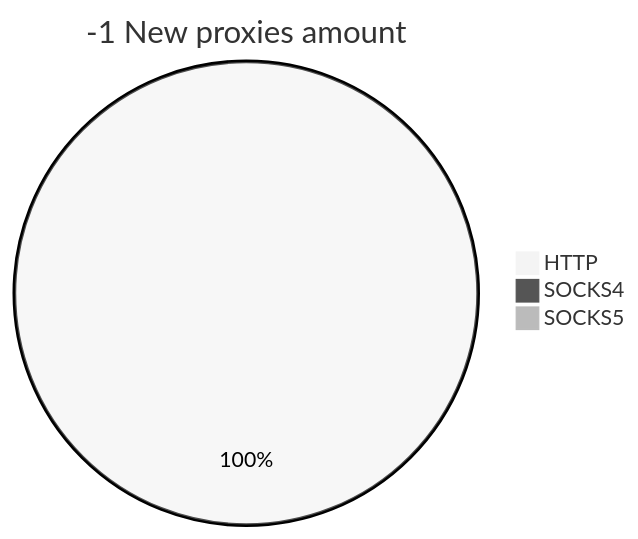
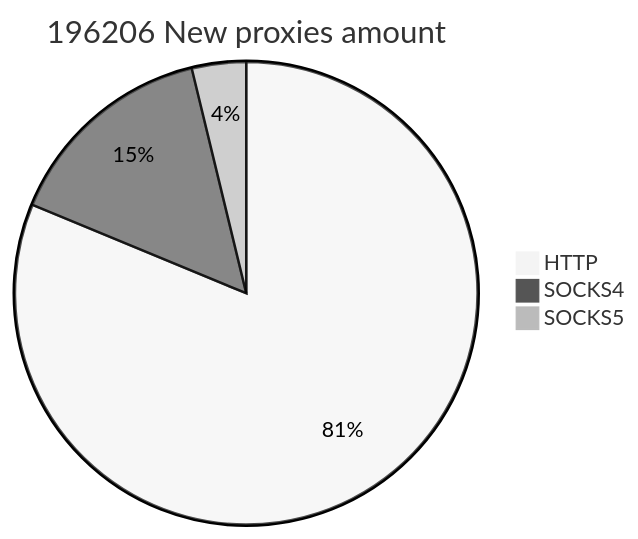
One commit to cutipu/proxylist changed the second of 2 diagrams in README.md. Above: the diagram before and after it, drawn with Mermaid (neutral theme). The commit also changed other lines of this file, not shown here.

````diff
--- a/README.md
+++ b/README.md
@@ -17,6 +17,6 @@
 ```mermaid
-pie title -1 New proxies amount
-    "HTTP" : 5
-    "SOCKS4" : 0
-    "SOCKS5" : 0
+pie title 196206 New proxies amount
+    "HTTP" : 159407
+    "SOCKS4" : 29368
+    "SOCKS5" : 7431
 ```
````
